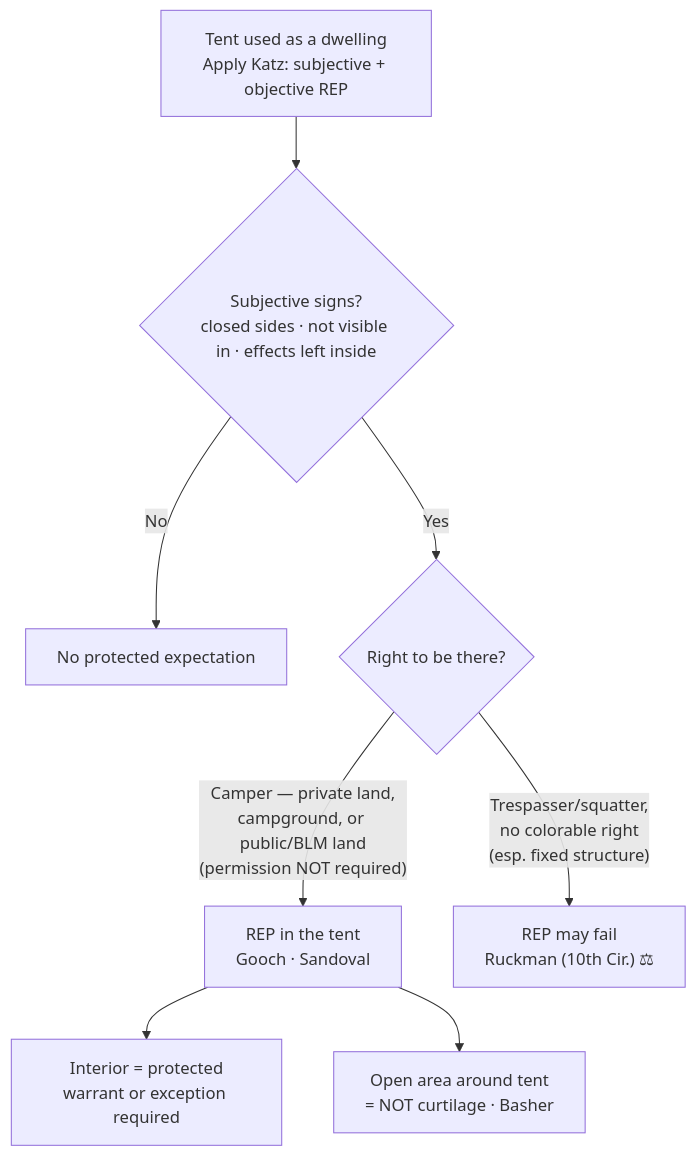
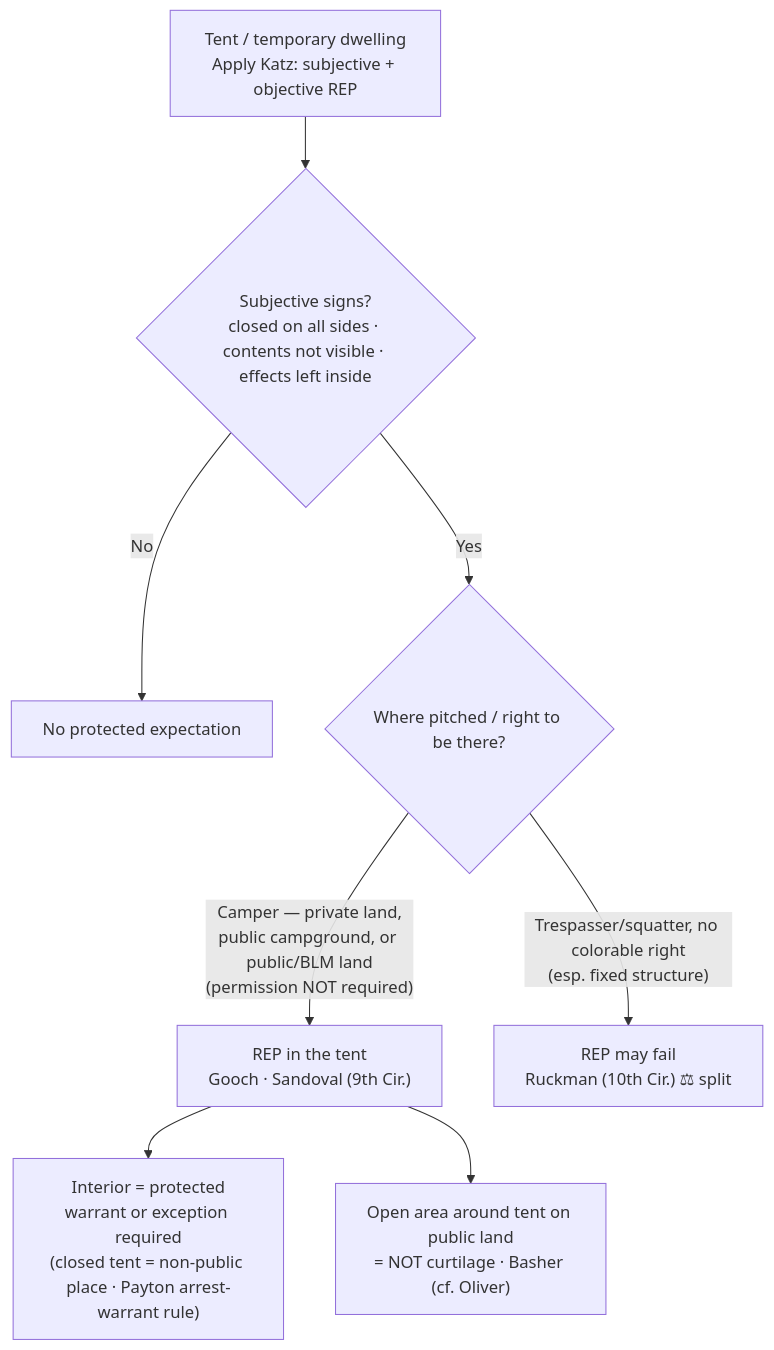
Before and after one commit to Enragedsaturday/cssi: the diagram in content/3-what-is-a-search/Tents.md, drawn with Mermaid. The commit also changed other lines of this file and 4 other files, not shown here.

````diff
--- a/content/3-what-is-a-search/Tents.md
+++ b/content/3-what-is-a-search/Tents.md
@@ -49,10 +64,10 @@
 ```mermaid
 flowchart TD
-  A["Tent used as a dwelling<br/>Apply Katz: subjective + objective REP"] --> B{Subjective signs?<br/>closed sides · not visible in · effects left inside}
+  A["Tent / temporary dwelling<br/>Apply Katz: subjective + objective REP"] --> B{Subjective signs?<br/>closed on all sides · contents not visible · effects left inside}
   B -->|No| NP["No protected expectation"]
-  B -->|Yes| C{Right to be there?}
-  C -->|"Camper — private land,<br/>campground, or public/BLM land<br/>(permission NOT required)"| R["REP in the tent<br/>Gooch · Sandoval"]
-  C -->|"Trespasser/squatter,<br/>no colorable right<br/>(esp. fixed structure)"| NR["REP may fail<br/>Ruckman (10th Cir.) ⚖"]
-  R --> D["Interior = protected<br/>warrant or exception required"]
-  R --> E["Open area around tent<br/>= NOT curtilage · Basher"]
+  B -->|Yes| C{Where pitched / right to be there?}
+  C -->|"Camper — private land,<br/>public campground, or public/BLM land<br/>(permission NOT required)"| R["REP in the tent<br/>Gooch · Sandoval (9th Cir.)"]
+  C -->|"Trespasser/squatter, no colorable right<br/>(esp. fixed structure)"| NR["REP may fail<br/>Ruckman (10th Cir.) ⚖ split"]
+  R --> D["Interior = protected<br/>warrant or exception required<br/>(closed tent = non-public place · Payton arrest-warrant rule)"]
+  R --> E["Open area around tent on public land<br/>= NOT curtilage · Basher (cf. Oliver)"]
 ```
````
